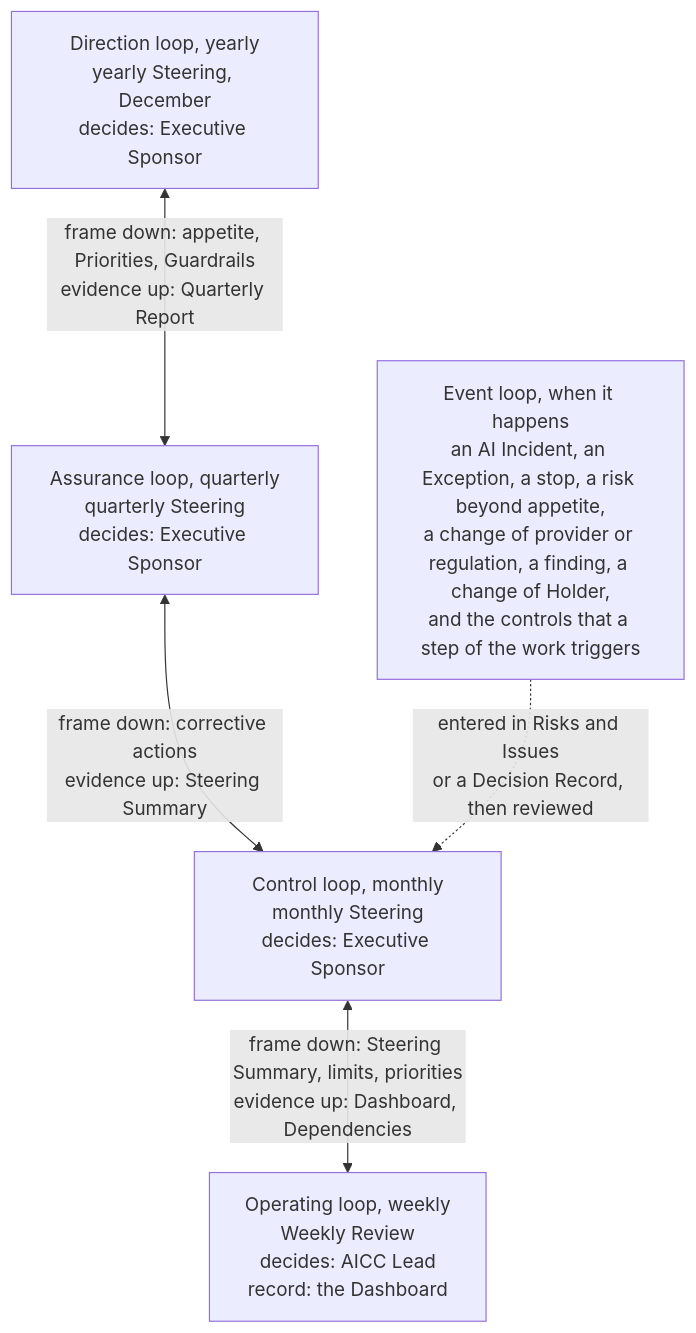
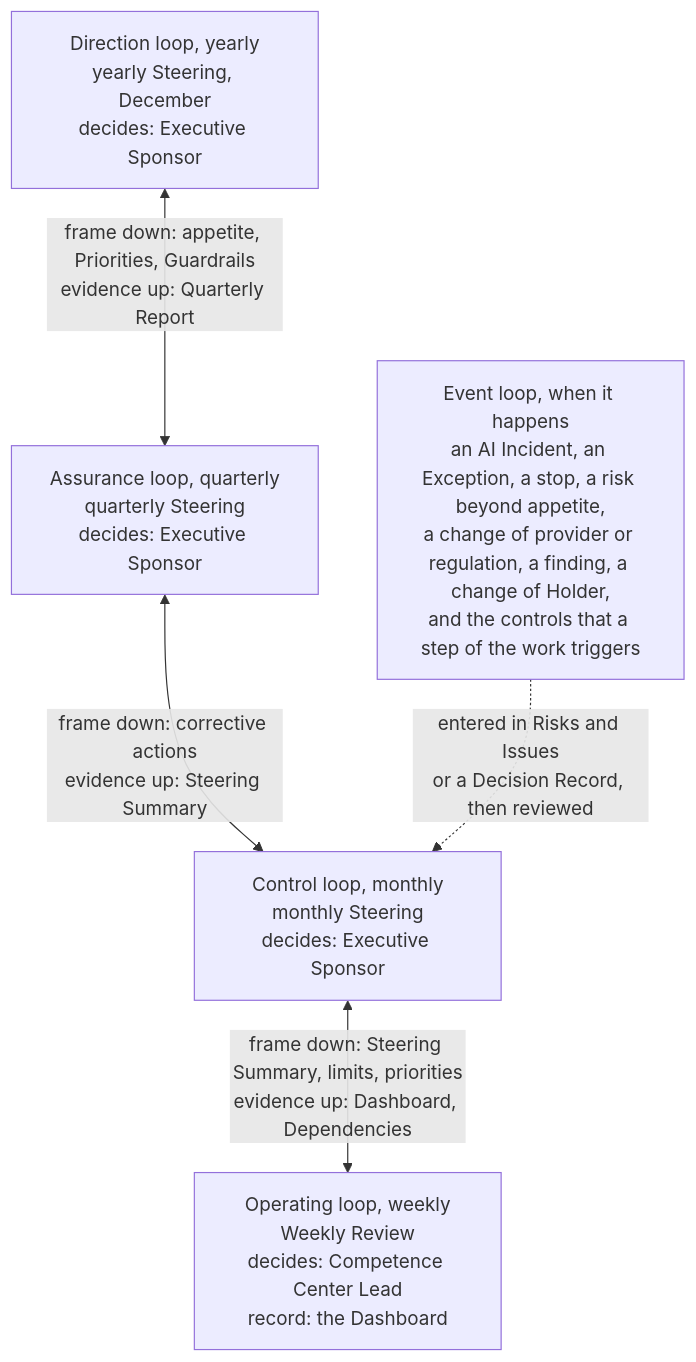
One commit to devhogu/ob-aicc changed the second of 3 diagrams in charter/en/guides/unit-governance-guide.md. Above: the diagram before and after it, drawn with Mermaid. The commit also changed other lines of this file and 1149 other files, not shown here.

First line of the commit message:
The name Competence Center: AICC stays only as a code (DR-2026-066)

````diff
--- a/charter/en/guides/unit-governance-guide.md
+++ b/charter/en/guides/unit-governance-guide.md
@@ -46,12 +46,12 @@
 ```mermaid
 flowchart TB
   DI["Direction loop, yearly<br/>yearly Steering, December<br/>decides: Executive Sponsor"]
   AS["Assurance loop, quarterly<br/>quarterly Steering<br/>decides: Executive Sponsor"]
   CO["Control loop, monthly<br/>monthly Steering<br/>decides: Executive Sponsor"]
-  OP["Operating loop, weekly<br/>Weekly Review<br/>decides: AICC Lead<br/>record: the Dashboard"]
+  OP["Operating loop, weekly<br/>Weekly Review<br/>decides: Competence Center Lead<br/>record: the Dashboard"]
   DI <-->|"frame down: appetite, Priorities, Guardrails<br/>evidence up: Quarterly Report"| AS
   AS <-->|"frame down: corrective actions<br/>evidence up: Steering Summary"| CO
   CO <-->|"frame down: Steering Summary, limits, priorities<br/>evidence up: Dashboard, Dependencies"| OP
   EV["Event loop, when it happens<br/>an AI Incident, an Exception, a stop, a risk beyond appetite,<br/>a change of provider or regulation, a finding, a change of Holder,<br/>and the controls that a step of the work triggers"]
   EV -.->|"entered in Risks and Issues<br/>or a Decision Record, then reviewed"| CO
 ```
````
